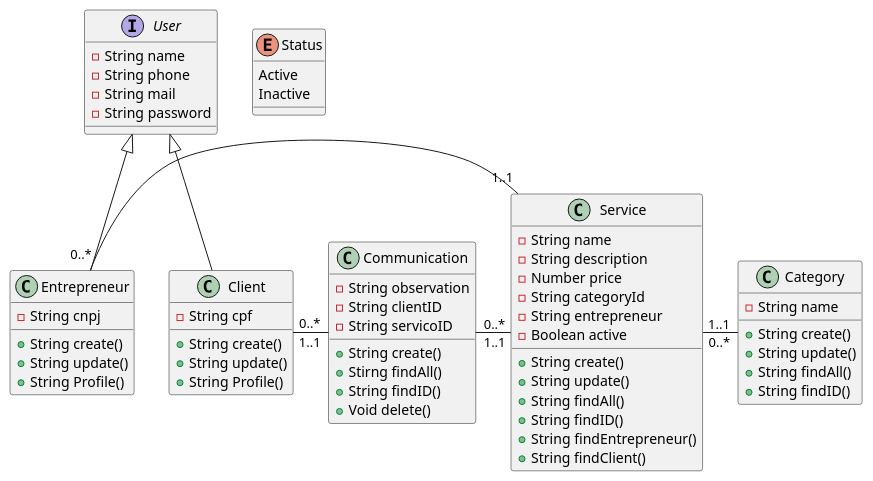
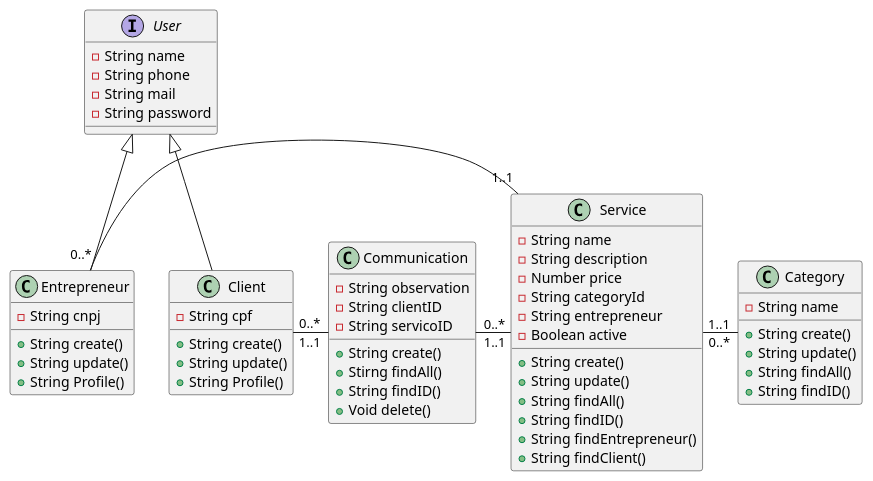
One commit to LeonardoCamilo10/API-SERVICE-BACK-END changed the diagram in diagram-API-SERVICE/src/Diagram-Class/class.puml. Above: the diagram before and after it, drawn with PlantUML. The commit also changed 2 other files, not shown here.

```diff
--- a/diagram-API-SERVICE/src/Diagram-Class/class.puml
+++ b/diagram-API-SERVICE/src/Diagram-Class/class.puml
@@ -1,72 +1,72 @@
 @startuml DiagramClass
     interface User {
       -String name
       -String phone
       -String mail
       -String password
     }
 
     class Entrepreneur extends User {
       -String cnpj
       +String create()
       +String update()
       +String Profile()
 
     }
 
     class Client extends User {
       -String cpf
       +String create()
       +String update()
       +String Profile()
     }
 
     class Service {
       -String name
       -String description
       -Number price
       -String categoryId
       -String entrepreneur
       -Boolean active
 
       +String create()
       +String update()
       +String findAll()
       +String findID()
       +String findEntrepreneur()
       +String findClient()
     }
 
     Entrepreneur "0..*" - "1..1" Service
 
-    enum Status{
-      Active
-      Inactive
-    }
+    ' enum Status{
+    '   Active
+    '   Inactive
+    ' }
 
     class Category {
       -String name
 
       +String create()
       +String update()
       +String findAll()
       +String findID()
     }
 
     Service "1..1" - "0..*" Category
 
     class Communication{
       -String observation 
       -String clientID
       -String servicoID
 
       +String create()
       +Stirng findAll()
       +String findID()
       +Void delete()
     }
 
     Client "0..*" - "1..1" Communication
     Communication "0..*" - "1..1" Service
     
 @enduml
```
